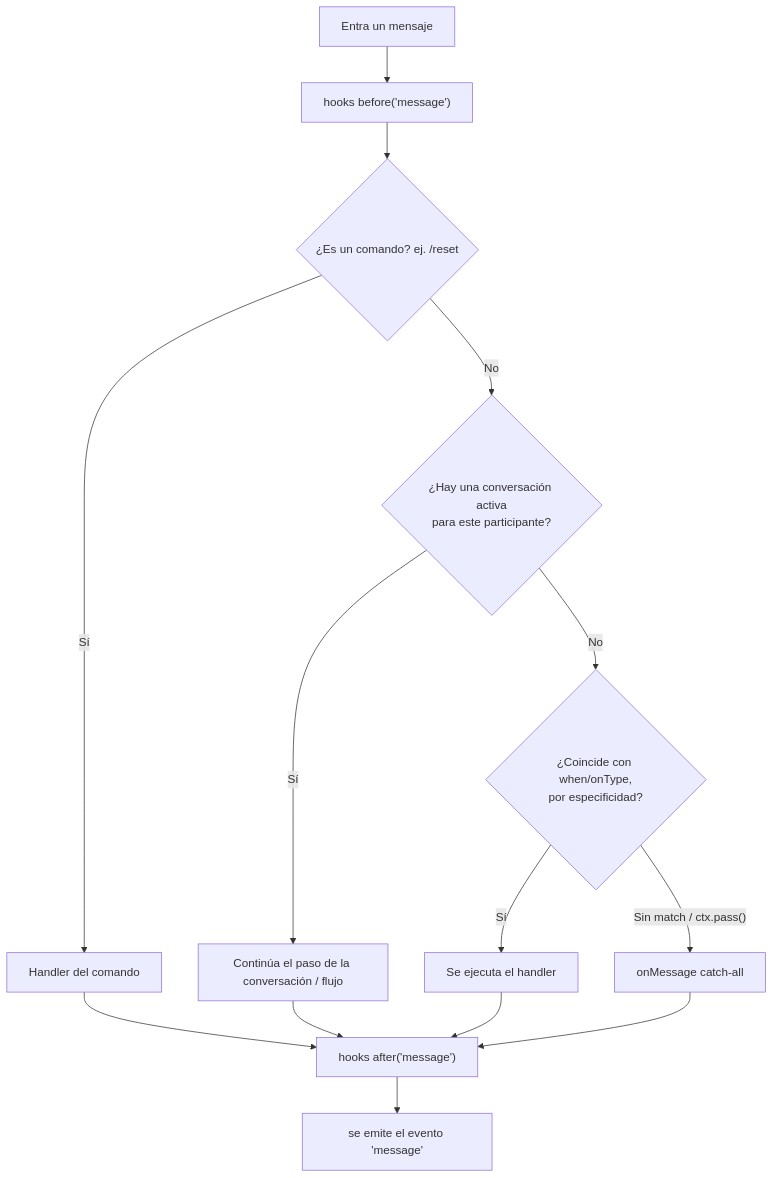
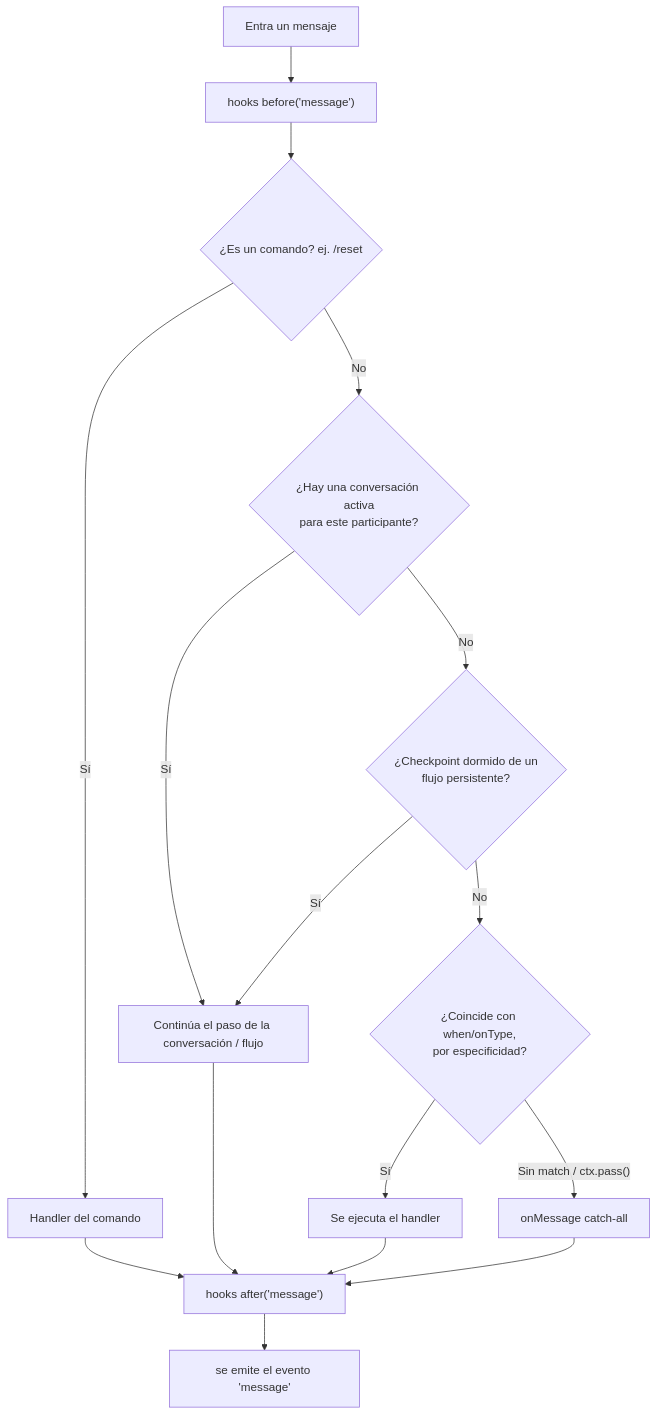
Before and after one commit to andresayac/bot-wa-baileys: the diagram in docs/es/guide/conceptos.md, drawn with Mermaid. The commit also changed other lines of this file and 42 other files, not shown here.

````diff
--- a/docs/es/guide/conceptos.md
+++ b/docs/es/guide/conceptos.md
@@ -11,16 +11,18 @@
 ```mermaid
 flowchart TD
     A[Entra un mensaje] --> B["hooks before('message')"]
     B --> C{"¿Es un comando? ej. /reset"}
     C -->|Sí| D[Handler del comando]
     C -->|No| E{¿Hay una conversación activa<br/>para este participante?}
     E -->|Sí| F[Continúa el paso de la conversación / flujo]
-    E -->|No| G{¿Coincide con when/onType,<br/>por especificidad?}
+    E -->|No| R{¿Checkpoint dormido de un<br/>flujo persistente?}
+    R -->|Sí| F
+    R -->|No| G{¿Coincide con when/onType,<br/>por especificidad?}
     G -->|Sí| H[Se ejecuta el handler]
     G -->|"Sin match / ctx.pass()"| I[onMessage catch-all]
     D --> J["hooks after('message')"]
     F --> J
     H --> J
     I --> J
     J --> K["se emite el evento 'message'"]
 ```
````
